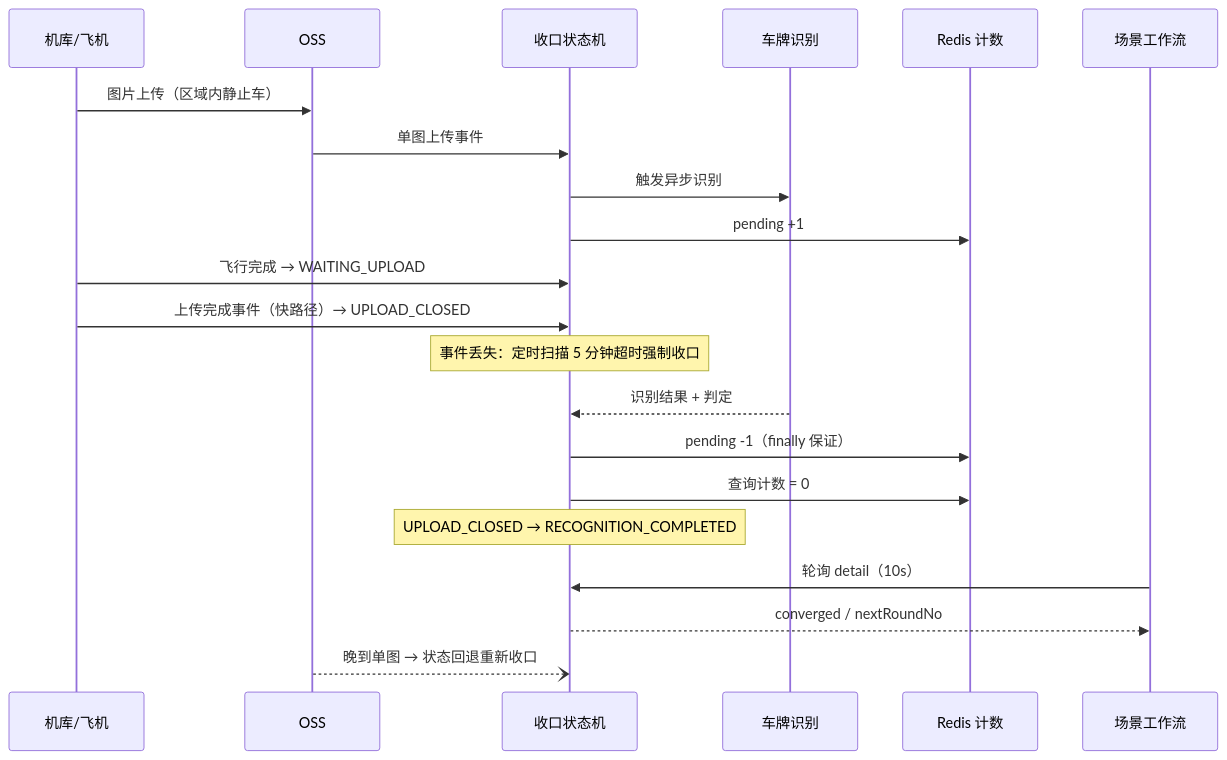
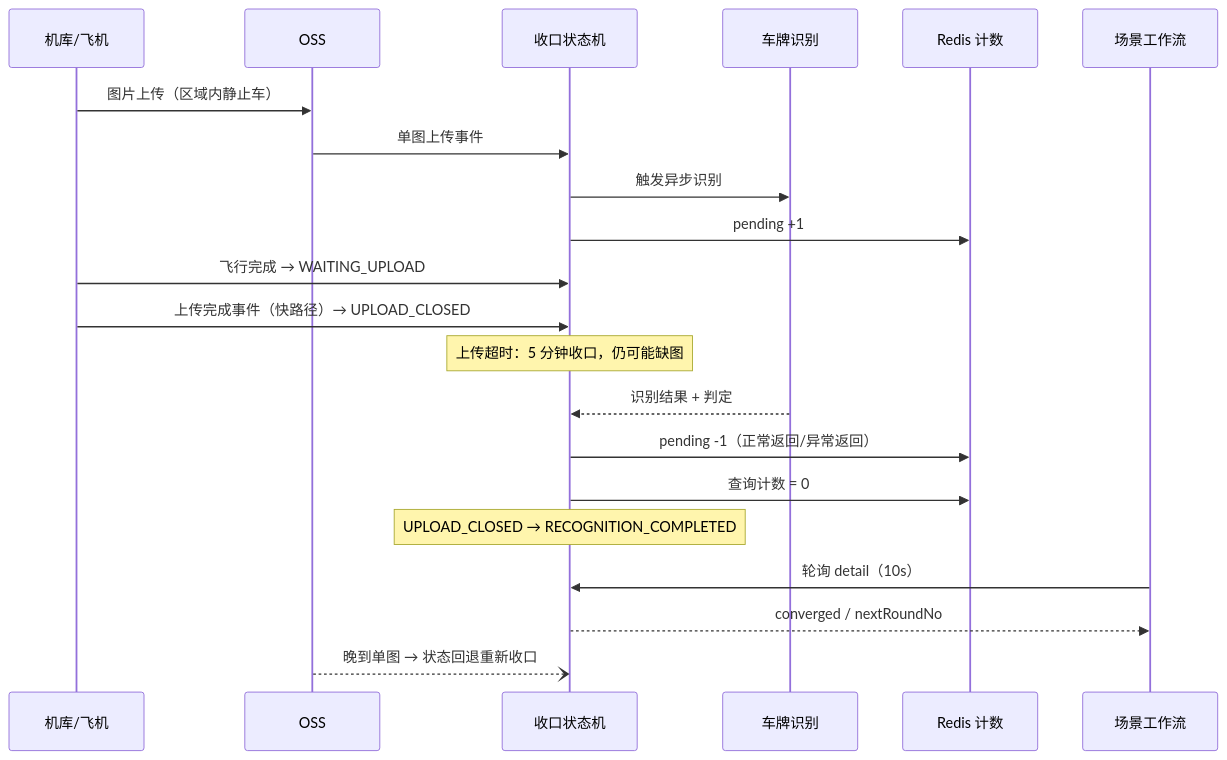
Diagram 14 of 15 in site/documents/uav-backend-review-handbook.md (rominw/html-docs), drawn with Mermaid before and after one commit. The commit also changed other lines of this file and 2 other files, not shown here.

````diff
--- a/site/documents/uav-backend-review-handbook.md
+++ b/site/documents/uav-backend-review-handbook.md
@@ -1419,23 +1515,23 @@
 ```mermaid
 sequenceDiagram
     participant DR as 机库/飞机
     participant OSS as OSS
     participant LC as 收口状态机
     participant VLM as 车牌识别
     participant RD as Redis 计数
     participant WF as 场景工作流
     DR->>OSS: 图片上传（区域内静止车）
     OSS->>LC: 单图上传事件
     LC->>VLM: 触发异步识别
     LC->>RD: pending +1
     DR->>LC: 飞行完成 → WAITING_UPLOAD
     DR->>LC: 上传完成事件（快路径）→ UPLOAD_CLOSED
-    Note over LC: 事件丢失：定时扫描 5 分钟超时强制收口
+    Note over LC: 上传超时：5 分钟收口，仍可能缺图
     VLM-->>LC: 识别结果 + 判定
-    LC->>RD: pending -1（finally 保证）
+    LC->>RD: pending -1（正常返回/异常返回）
     LC->>RD: 查询计数 = 0
     Note over LC: UPLOAD_CLOSED → RECOGNITION_COMPLETED
     WF->>LC: 轮询 detail（10s）
     LC-->>WF: converged / nextRoundNo
     OSS--)LC: 晚到单图 → 状态回退重新收口
 ```
````
